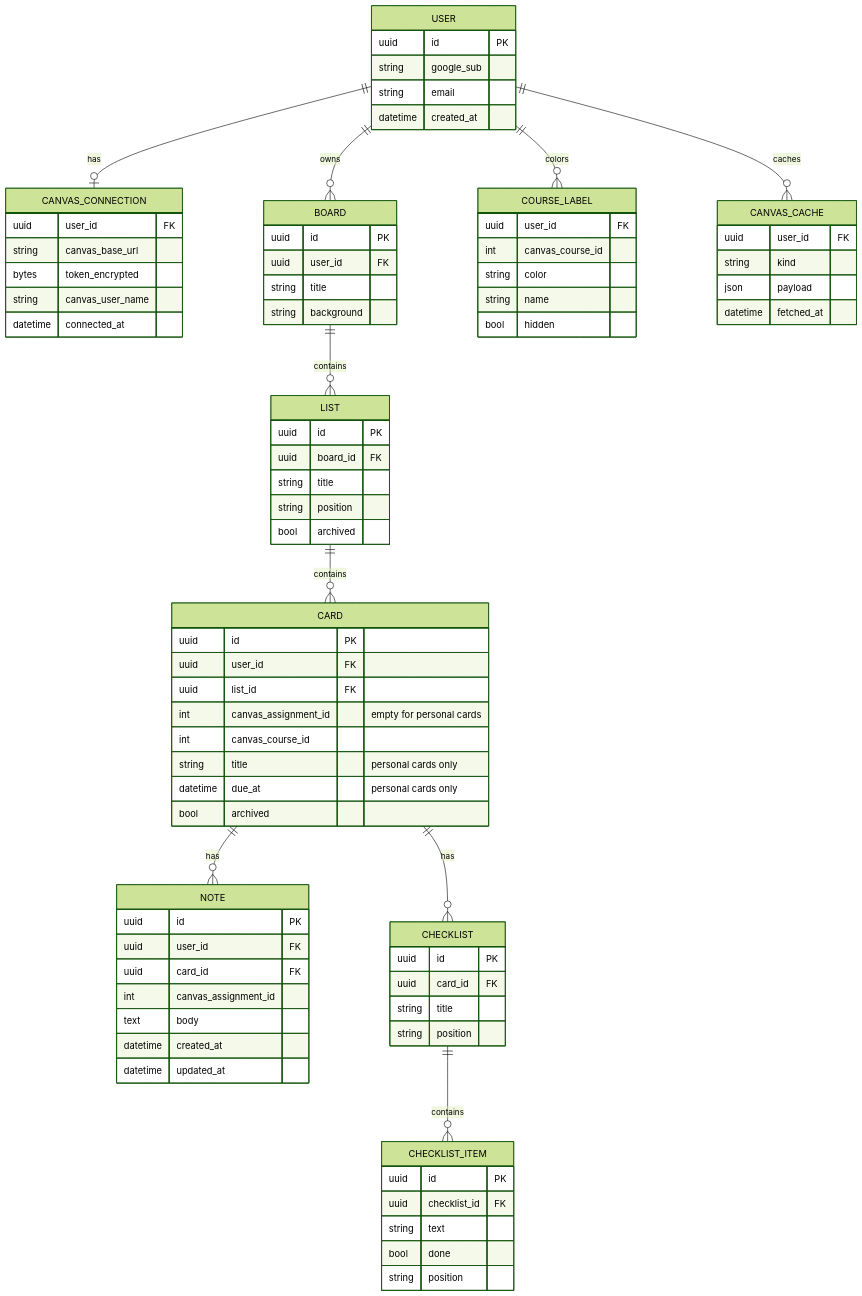
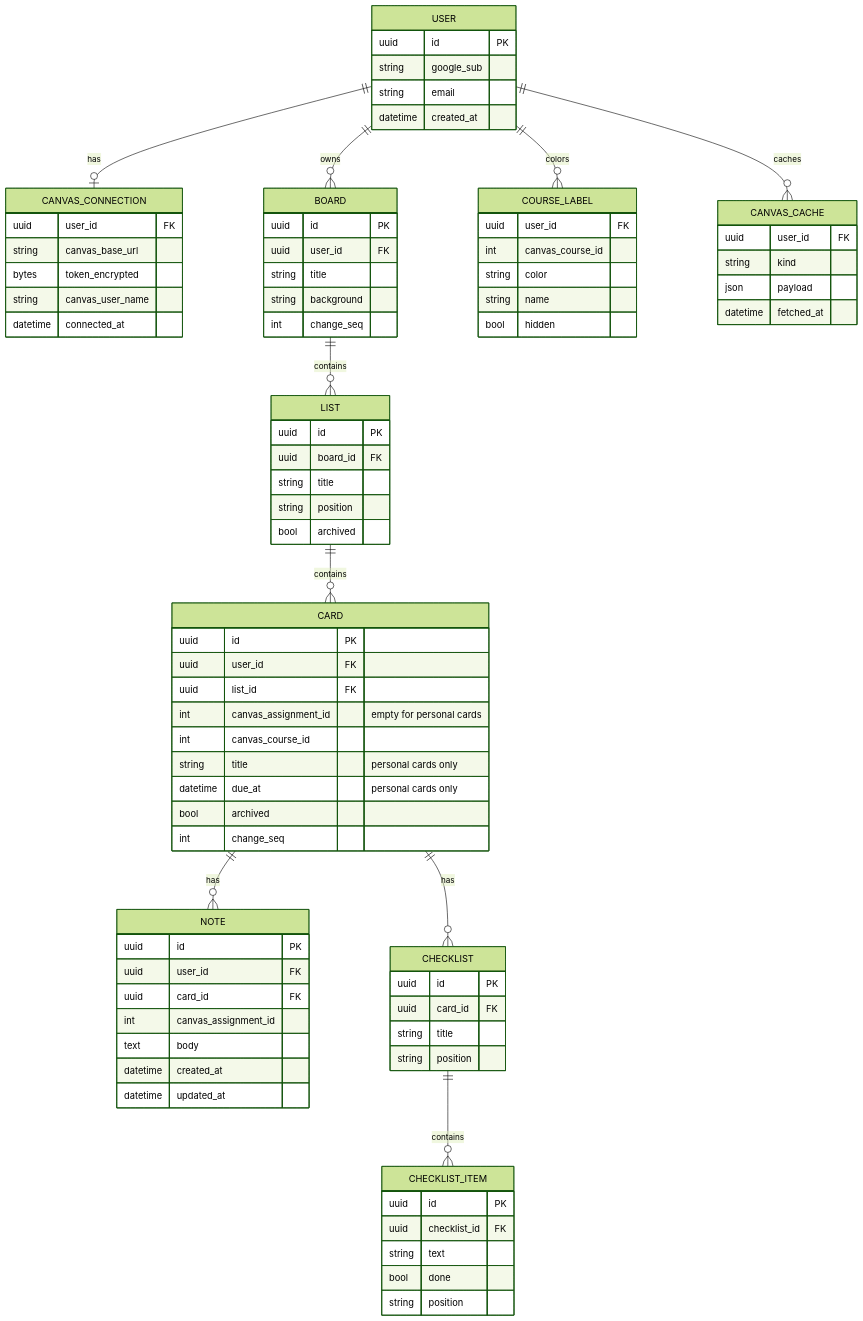
The second of 6 diagrams in docs/canvas-portal/03-design.md (bbranton/TestProj), drawn with Mermaid (forest theme) before and after one commit. The commit also changed other lines of this file and 3 other files, not shown here.

```diff
--- a/docs/canvas-portal/03-design.md
+++ b/docs/canvas-portal/03-design.md
@@ -89,6 +89,7 @@
         uuid user_id FK
         string title
         string background
+        int change_seq
     }
     LIST {
         uuid id PK
@@ -106,6 +107,7 @@
         string title "personal cards only"
         datetime due_at "personal cards only"
         bool archived
+        int change_seq
     }
     NOTE {
         uuid id PK
```
